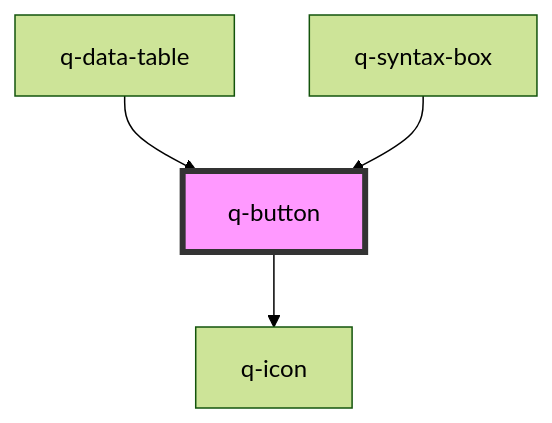
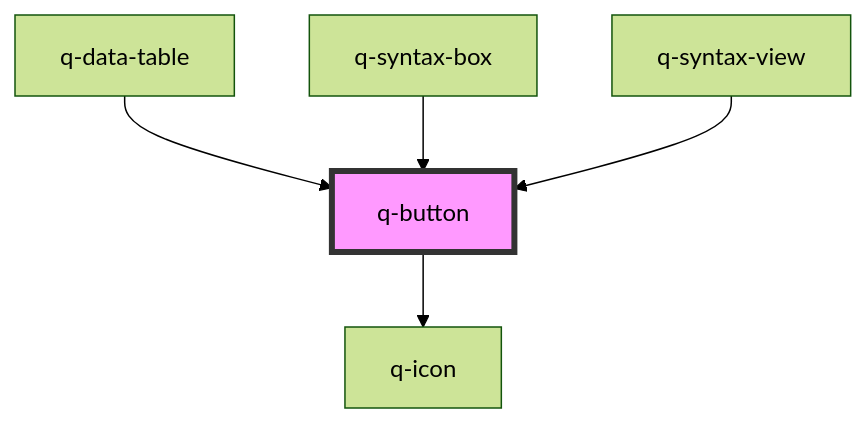
One commit to XsAndre-L/WebQuark changed the diagram in src/browser/components/actions/button/readme.md. Above: the diagram before and after it, drawn with Mermaid (forest theme). The commit also changed other lines of this file and 67 other files, not shown here.

````diff
--- a/src/browser/components/actions/button/readme.md
+++ b/src/browser/components/actions/button/readme.md
@@ -80,7 +81,8 @@
 ```mermaid
 graph TD;
   q-button --> q-icon
   q-data-table --> q-button
   q-syntax-box --> q-button
+  q-syntax-view --> q-button
   style q-button fill:#f9f,stroke:#333,stroke-width:4px
 ```
````
